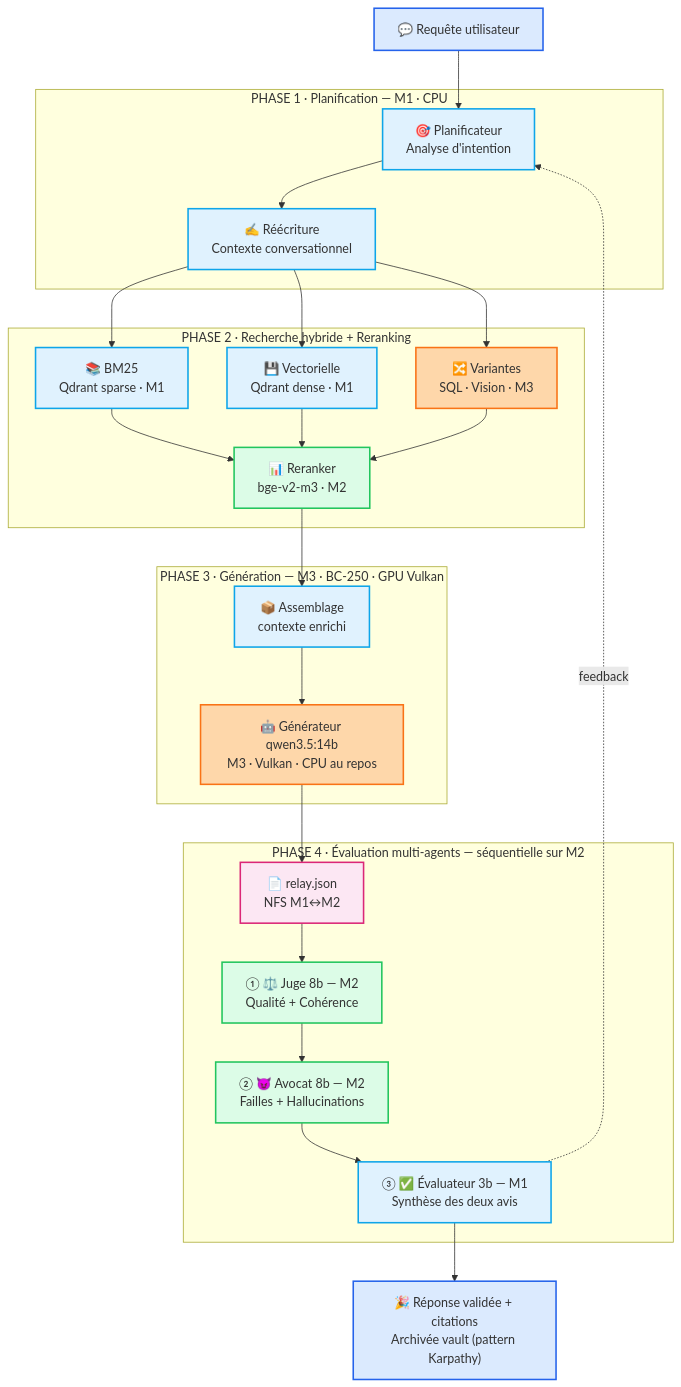
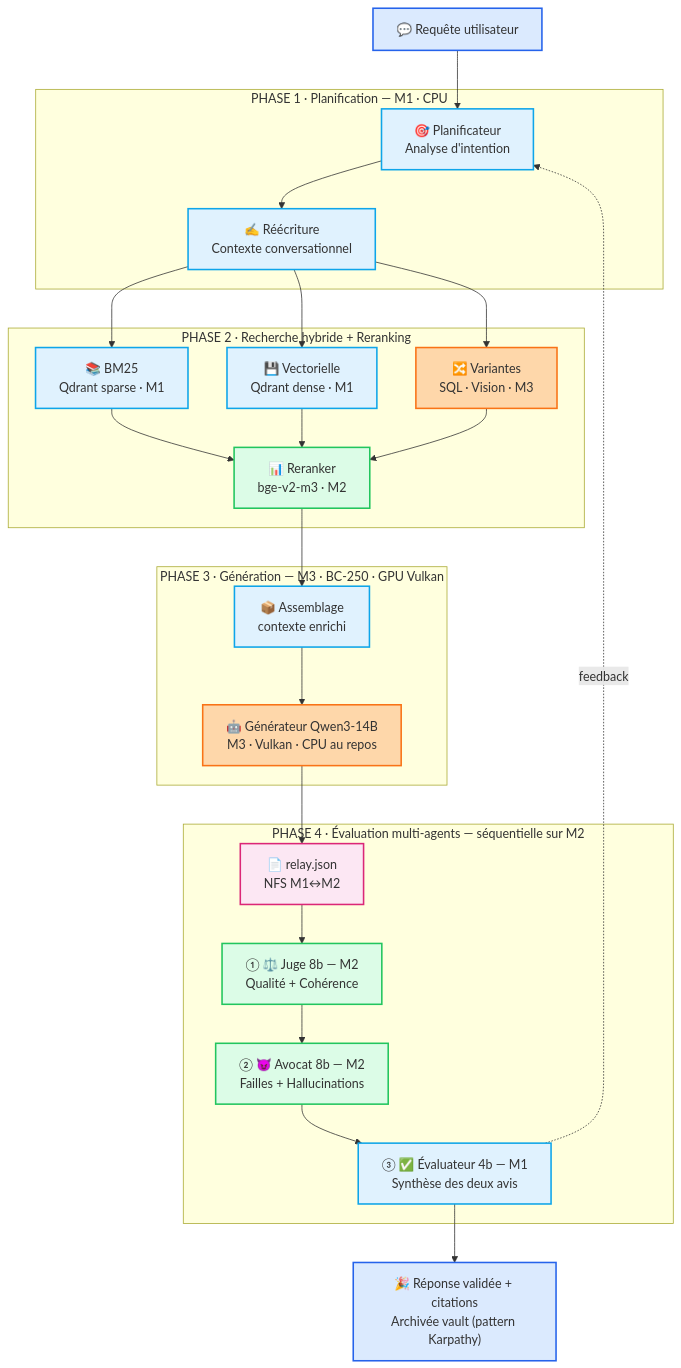
The diagram in docs/diagrams/03-query-flow.md (chelmooz/rag-multi-agent-cluster), drawn with Mermaid before and after one commit. The commit also changed 12 other files, not shown here.

Commit message:
C4.2: extension HF à tous les modèles — settings.py, .env, Mermaid, backlog, BRIEF §8, ROADMAP

````diff
--- a/docs/diagrams/03-query-flow.md
+++ b/docs/diagrams/03-query-flow.md
@@ -1,51 +1,51 @@
 ```mermaid
 flowchart TB
     classDef m1 fill:#e0f2fe,stroke:#0ea5e9,stroke-width:2px
     classDef m2 fill:#dcfce7,stroke:#22c55e,stroke-width:2px
     classDef m3 fill:#fed7aa,stroke:#f97316,stroke-width:2px
     classDef relay fill:#fce7f3,stroke:#db2777,stroke-width:2px
     classDef front fill:#dbeafe,stroke:#2563eb,stroke-width:2px
 
     Query["💬 Requête utilisateur"]:::front
 
     subgraph P1["PHASE 1 · Planification — M1 · CPU"]
         Plan["🎯 Planificateur<br/>Analyse d'intention"]:::m1
         Rewrite["✍️ Réécriture<br/>Contexte conversationnel"]:::m1
     end
 
     subgraph P2["PHASE 2 · Recherche hybride + Reranking"]
         BM25["📚 BM25<br/>Qdrant sparse · M1"]:::m1
         VecSearch["💾 Vectorielle<br/>Qdrant dense · M1"]:::m1
         Variants["🔀 Variantes<br/>SQL · Vision · M3"]:::m3
         Rerank["📊 Reranker<br/>bge-v2-m3 · M2"]:::m2
     end
 
     subgraph P3["PHASE 3 · Génération — M3 · BC-250 · GPU Vulkan"]
         Assemble["📦 Assemblage<br/>contexte enrichi"]:::m1
-        Gen["🤖 Générateur qwen3.5:14b<br/>M3 · Vulkan · CPU au repos"]:::m3
+        Gen["🤖 Générateur Qwen3-14B<br/>M3 · Vulkan · CPU au repos"]:::m3
     end
 
     subgraph P4["PHASE 4 · Évaluation multi-agents — séquentielle sur M2"]
         Relay["📄 relay.json<br/>NFS M1↔M2"]:::relay
         Judge["① ⚖️ Juge 8b — M2<br/>Qualité + Cohérence"]:::m2
         Advocate["② 😈 Avocat 8b — M2<br/>Failles + Hallucinations"]:::m2
-        Evaluator["③ ✅ Évaluateur 3b — M1<br/>Synthèse des deux avis"]:::m1
+        Evaluator["③ ✅ Évaluateur 4b — M1<br/>Synthèse des deux avis"]:::m1
     end
 
     Answer["🎉 Réponse validée + citations<br/>Archivée vault (pattern Karpathy)"]:::front
 
     Query --> Plan --> Rewrite
     Rewrite --> BM25
     Rewrite --> VecSearch
     Rewrite --> Variants
     BM25 --> Rerank
     VecSearch --> Rerank
     Variants --> Rerank
     Rerank --> Assemble --> Gen --> Relay
     Relay --> Judge --> Advocate --> Evaluator
     Evaluator -.->|feedback| Plan
     Evaluator --> Answer
 
     %% Conventions : trait plein = synchrone, pointillé = asynchrone/feedback
     %% ①②③ étapes séquentielles de l'évaluation (1 seul modèle chargé à la fois sur RTX 4000)
 ```
````
